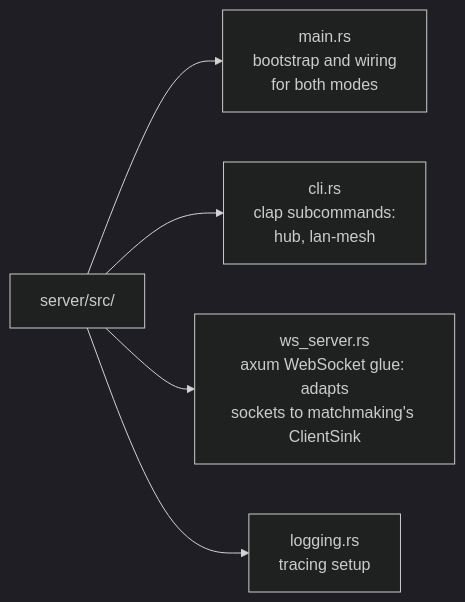
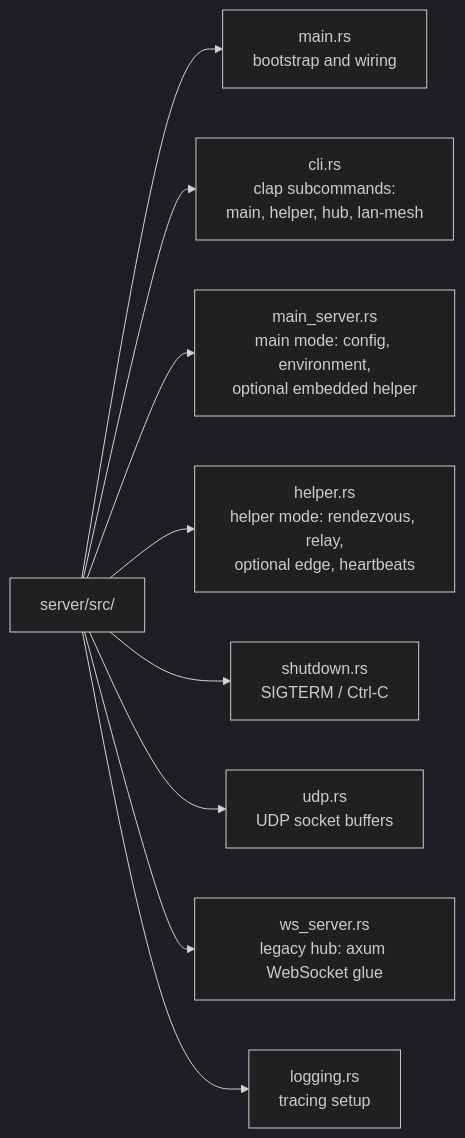
The diagram in server/README.md (jhonsferg/warlay), drawn with Mermaid (dark theme) before and after one commit. The commit also changed other lines of this file, not shown here.

First line of the commit message:
docs: documenta los modos main y helper del servidor

````diff
--- a/server/README.md
+++ b/server/README.md
@@ -252,8 +260,12 @@
 ```mermaid
 flowchart LR
     src["server/src/"]
-    src --> main["main.rs<br/>bootstrap and wiring<br/>for both modes"]
-    src --> cli["cli.rs<br/>clap subcommands:<br/>hub, lan-mesh"]
-    src --> ws["ws_server.rs<br/>axum WebSocket glue: adapts<br/>sockets to matchmaking's ClientSink"]
+    src --> main["main.rs<br/>bootstrap and wiring"]
+    src --> cli["cli.rs<br/>clap subcommands:<br/>main, helper, hub, lan-mesh"]
+    src --> mainserver["main_server.rs<br/>main mode: config, environment,<br/>optional embedded helper"]
+    src --> helper["helper.rs<br/>helper mode: rendezvous, relay,<br/>optional edge, heartbeats"]
+    src --> shutdown["shutdown.rs<br/>SIGTERM / Ctrl-C"]
+    src --> udp["udp.rs<br/>UDP socket buffers"]
+    src --> ws["ws_server.rs<br/>legacy hub: axum WebSocket glue"]
     src --> logging["logging.rs<br/>tracing setup"]
 ```
````
